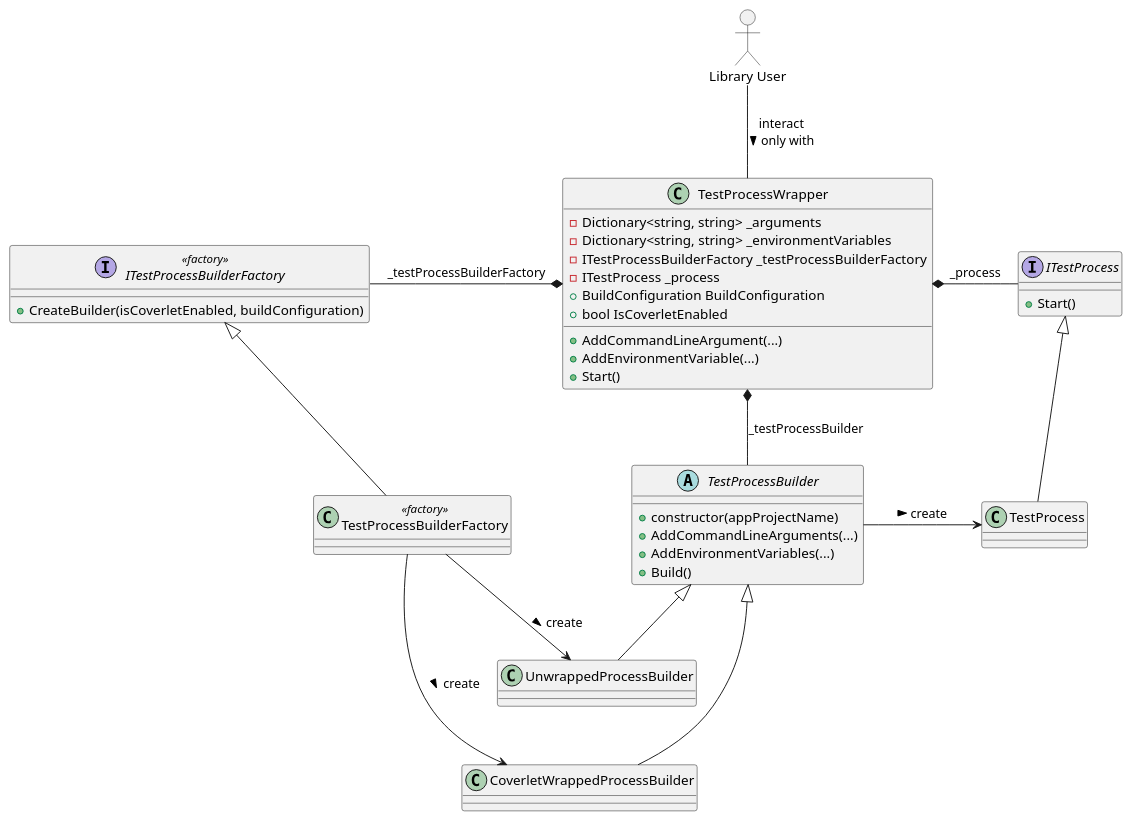
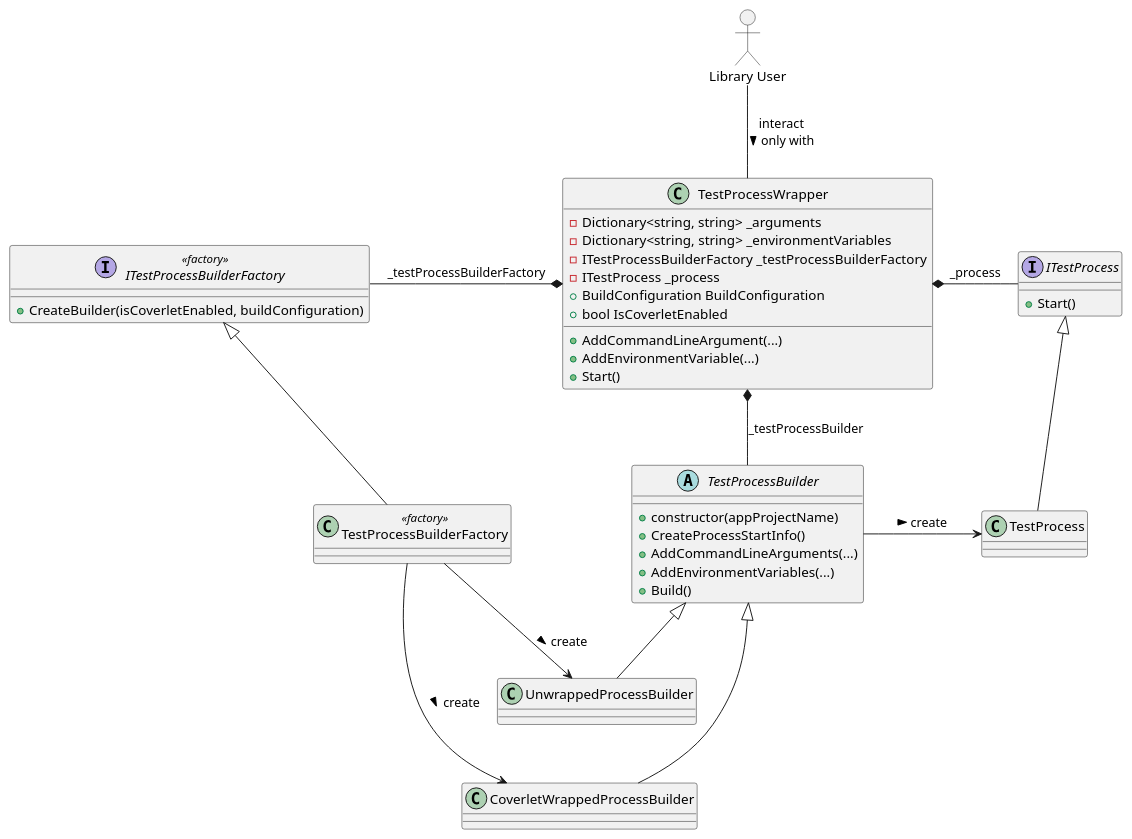
Before and after one commit to wonderbird/TestProcessWrapper: the diagram in docs/current_create_process.puml, drawn with PlantUML. The commit also changed 5 other files, not shown here.

```diff
--- a/docs/current_create_process.puml
+++ b/docs/current_create_process.puml
@@ -1,57 +1,58 @@
 @startuml
 allowmixing
 
 actor "Library User" as user
 
 class "TestProcessWrapper" as wrapper {
   - Dictionary<string, string> _arguments
   - Dictionary<string, string> _environmentVariables
   - ITestProcessBuilderFactory _testProcessBuilderFactory
   - ITestProcess _process
   + BuildConfiguration BuildConfiguration
   + bool IsCoverletEnabled
 
   + AddCommandLineArgument(...)
   + AddEnvironmentVariable(...)
   + Start()
 }
 
 user -- wrapper : interact\nonly with >
 
 interface "ITestProcessBuilderFactory" as factory_if << factory >> {
   + CreateBuilder(isCoverletEnabled, buildConfiguration)
 }
 
 class "TestProcessBuilderFactory" as factory << factory >>
 factory_if <|-- factory
 
 factory_if -* wrapper : _testProcessBuilderFactory
 
 abstract class "TestProcessBuilder" as builder {
   + constructor(appProjectName)
+  + CreateProcessStartInfo()
   + AddCommandLineArguments(...)
   + AddEnvironmentVariables(...)
   + Build()
 }
 
 wrapper *-- builder : _testProcessBuilder
 
 class "UnwrappedProcessBuilder" as unwrapped_builder
 builder <|-- unwrapped_builder
 factory --> unwrapped_builder : create >
 
 class "CoverletWrappedProcessBuilder" as coverlet_builder
 builder <|--- coverlet_builder
 factory ---> coverlet_builder : create >
 
 interface "ITestProcess" as process_if {
   + Start()
 }
 
 wrapper *- process_if : _process
 
 class "TestProcess" as process
 process_if <|-- process
 
 builder -> process : create >
 @enduml
```
